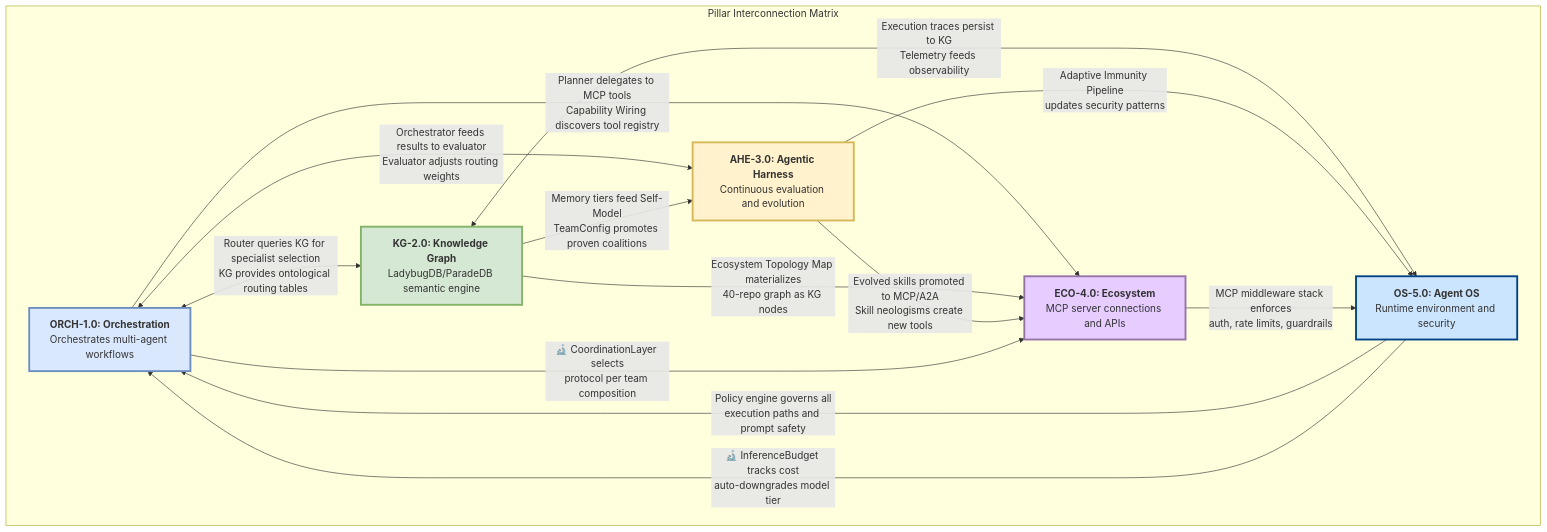
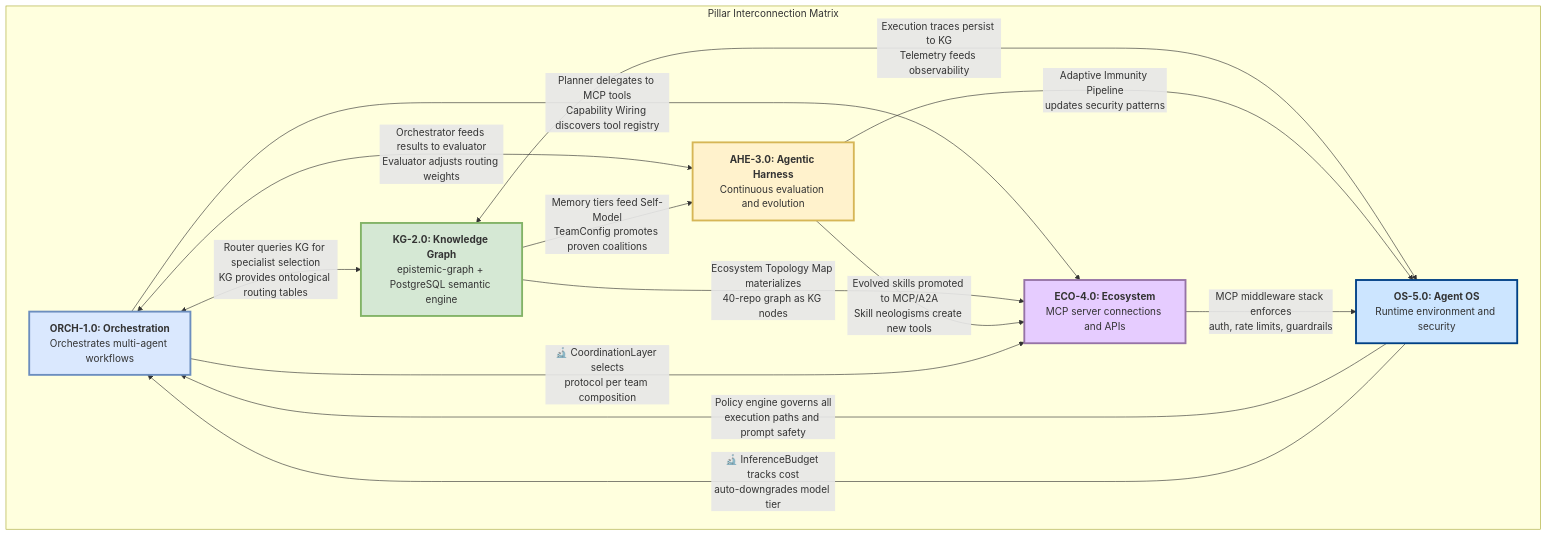
The tenth of 12 diagrams in docs/pillars/architecture_c4.md (Knuckles-Team/agent-utilities), drawn with Mermaid before and after one commit. The commit also changed other lines of this file and 556 other files, not shown here.

````diff
--- a/docs/pillars/architecture_c4.md
+++ b/docs/pillars/architecture_c4.md
@@ -439,33 +445,33 @@
 ```mermaid
 graph TD
     subgraph "Pillar Interconnection Matrix"
             P1["<b>ORCH-1.0: Orchestration</b><br/>Orchestrates multi-agent workflows"]
-            P2["<b>KG-2.0: Knowledge Graph</b><br/>LadybugDB/ParadeDB semantic engine"]
+            P2["<b>KG-2.0: Knowledge Graph</b><br/>epistemic-graph + PostgreSQL semantic engine"]
             P3["<b>AHE-3.0: Agentic Harness</b><br/>Continuous evaluation and evolution"]
             P4["<b>ECO-4.0: Ecosystem</b><br/>MCP server connections and APIs"]
             P5["<b>OS-5.0: Agent OS</b><br/>Runtime environment and security"]
     end
 
     P1 <-->|"Router queries KG for specialist selection<br/>KG provides ontological routing tables"| P2
     P1 -->|"Planner delegates to MCP tools<br/>Capability Wiring discovers tool registry"| P4
     P1 <-->|"Orchestrator feeds results to evaluator<br/>Evaluator adjusts routing weights"| P3
 
     P2 -->|"Memory tiers feed Self-Model<br/>TeamConfig promotes proven coalitions"| P3
     P2 -->|"Ecosystem Topology Map materializes<br/>40-repo graph as KG nodes"| P4
     P2 <-->|"Execution traces persist to KG<br/>Telemetry feeds observability"| P5
 
     P3 -->|"Evolved skills promoted to MCP/A2A<br/>Skill neologisms create new tools"| P4
     P3 -->|"Adaptive Immunity Pipeline<br/>updates security patterns"| P5
 
     P4 -->|"MCP middleware stack enforces<br/>auth, rate limits, guardrails"| P5
 
     P5 -->|"Policy engine governs all<br/>execution paths and prompt safety"| P1
     P5 -->|"🔬 InferenceBudget tracks cost<br/>auto-downgrades model tier"| P1
     P1 -->|"🔬 CoordinationLayer selects<br/>protocol per team composition"| P4
 
     style P1 fill:#dae8fe,stroke:#6c8ebf,stroke-width:3px
     style P2 fill:#d5e8d4,stroke:#82b366,stroke-width:3px
     style P3 fill:#fff2cc,stroke:#d6b656,stroke-width:3px
     style P4 fill:#e6ccff,stroke:#9673a6,stroke-width:3px
     style P5 fill:#cce5ff,stroke:#004085,stroke-width:3px
 ```
````
